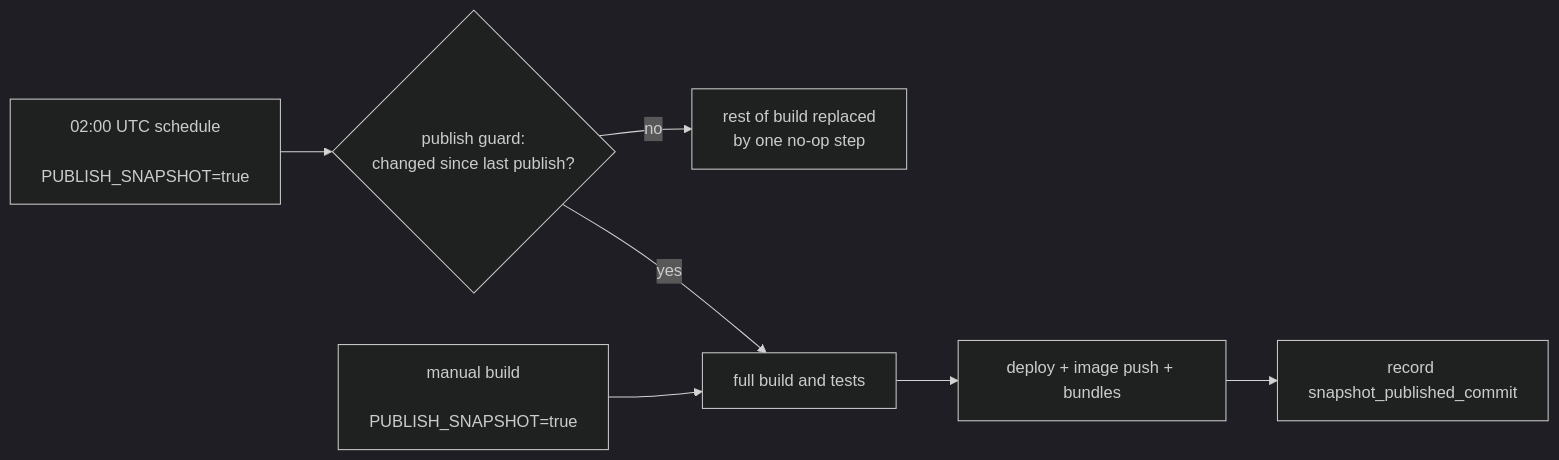
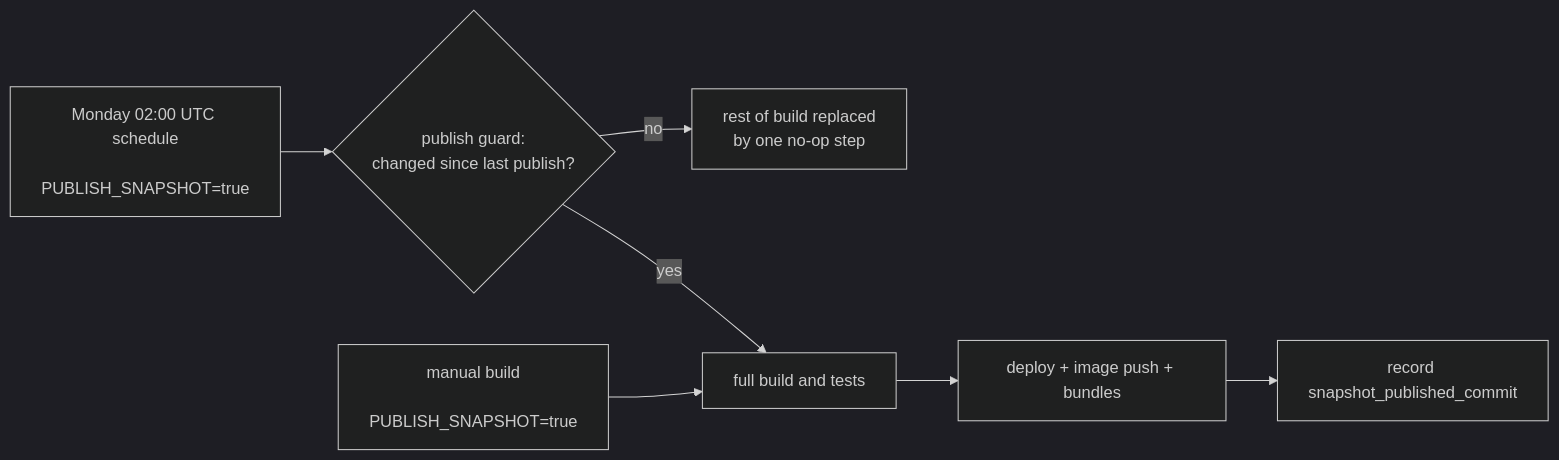
One commit to mock-server/mockserver-monorepo changed the eighth of 16 diagrams in docs/infrastructure/ci-cd.md. Above: the diagram before and after it, drawn with Mermaid (dark theme). The commit also changed other lines of this file and 39 other files, not shown here.

````diff
--- a/docs/infrastructure/ci-cd.md
+++ b/docs/infrastructure/ci-cd.md
@@ -852,13 +852,13 @@
 ```mermaid
 flowchart LR
-    SCHED["02:00 UTC schedule
+    SCHED["Monday 02:00 UTC schedule
     PUBLISH_SNAPSHOT=true"] --> GUARD{"publish guard:
     changed since last publish?"}
     GUARD -- no --> SKIP["rest of build replaced
     by one no-op step"]
     GUARD -- yes --> FULL["full build and tests"]
     MANUAL["manual build
     PUBLISH_SNAPSHOT=true"] --> FULL
     FULL --> PUB["deploy + image push + bundles"]
     PUB --> REC["record snapshot_published_commit"]
 ```
````
